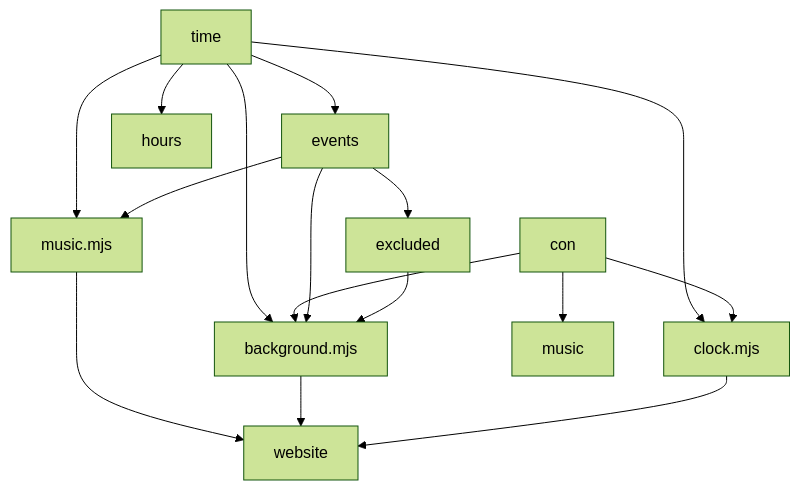
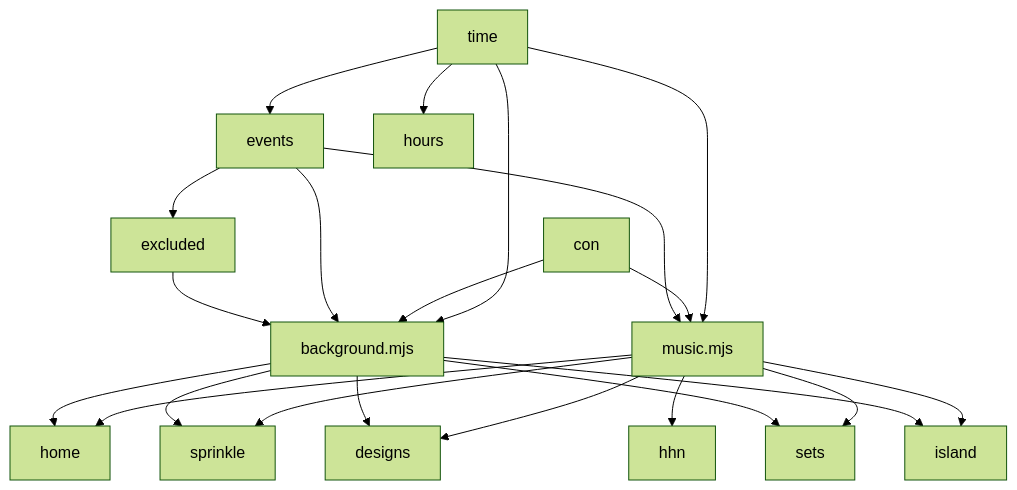
One commit to Reper2/acnh changed the first of 2 diagrams in README.md. Above: the diagram before and after it, drawn with Mermaid (forest theme). The commit also changed other lines of this file and 21 other files, not shown here.

````diff
--- a/README.md
+++ b/README.md
@@ -52,22 +51,29 @@
 ```mermaid
 graph TD;
     time-->events;
     time-->hours;
     time-->music.mjs;
     time-->background.mjs;
-    time-->clock.mjs;
 
-    con-->music;
+    con-->music.mjs;
     con-->background.mjs;
-    con-->clock.mjs;
 
     events-->music.mjs;
     events-->background.mjs;
     events-->excluded;
 
     excluded-->background.mjs;
 
-    music.mjs-->website
-    background.mjs-->website
-    clock.mjs-->website
+    music.mjs-->home
+    music.mjs-->sprinkle
+    music.mjs-->designs
+    music.mjs-->sets
+    music.mjs-->island
+    music.mjs-->hhn
+
+    background.mjs-->home
+    background.mjs-->sprinkle
+    background.mjs-->designs
+    background.mjs-->sets
+    background.mjs-->island
 ```
````
